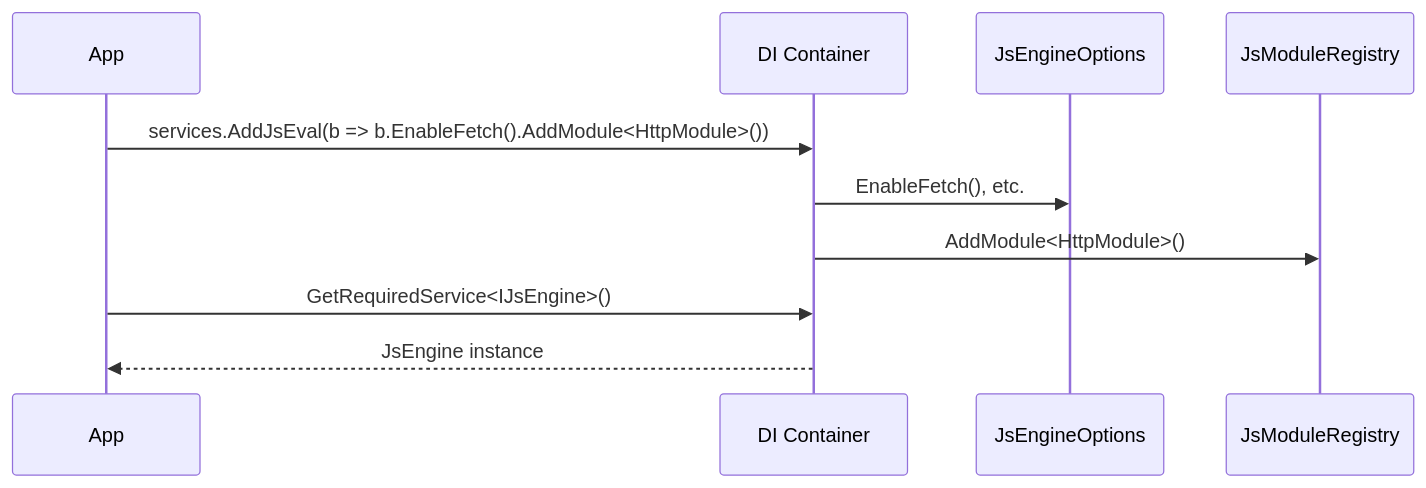
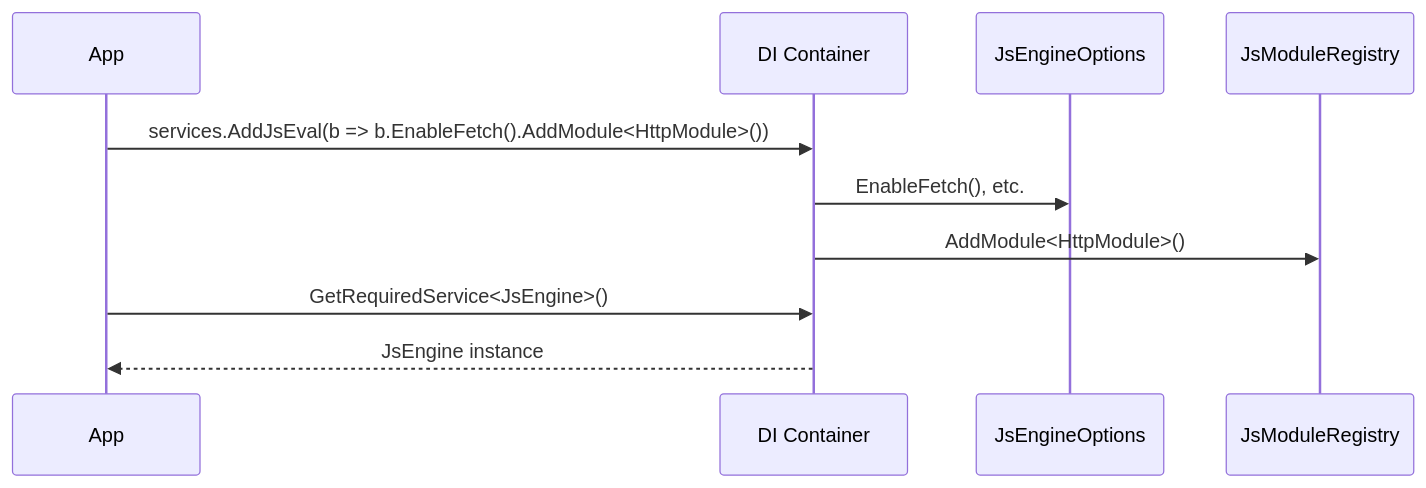
One commit to cocoar-dev/Cocoar.JsEval changed the second of 2 diagrams in website/guide/architecture.md. Above: the diagram before and after it, drawn with Mermaid. The commit also changed other lines of this file and 17 other files, not shown here.

Commit message:
Refactor JsEngine API: Remove IJsEngine interface, update documentation, and enhance expression evaluation

````diff
--- a/website/guide/architecture.md
+++ b/website/guide/architecture.md
@@ -59,13 +59,13 @@
 ```mermaid
 sequenceDiagram
     participant App
     participant DI as DI Container
     participant Opts as JsEngineOptions
     participant Reg as JsModuleRegistry
 
     App->>DI: services.AddJsEval(b => b.EnableFetch().AddModule<HttpModule>())
     DI->>Opts: EnableFetch(), etc.
     DI->>Reg: AddModule<HttpModule>()
-    App->>DI: GetRequiredService<IJsEngine>()
+    App->>DI: GetRequiredService<JsEngine>()
     DI-->>App: JsEngine instance
 ```
````
